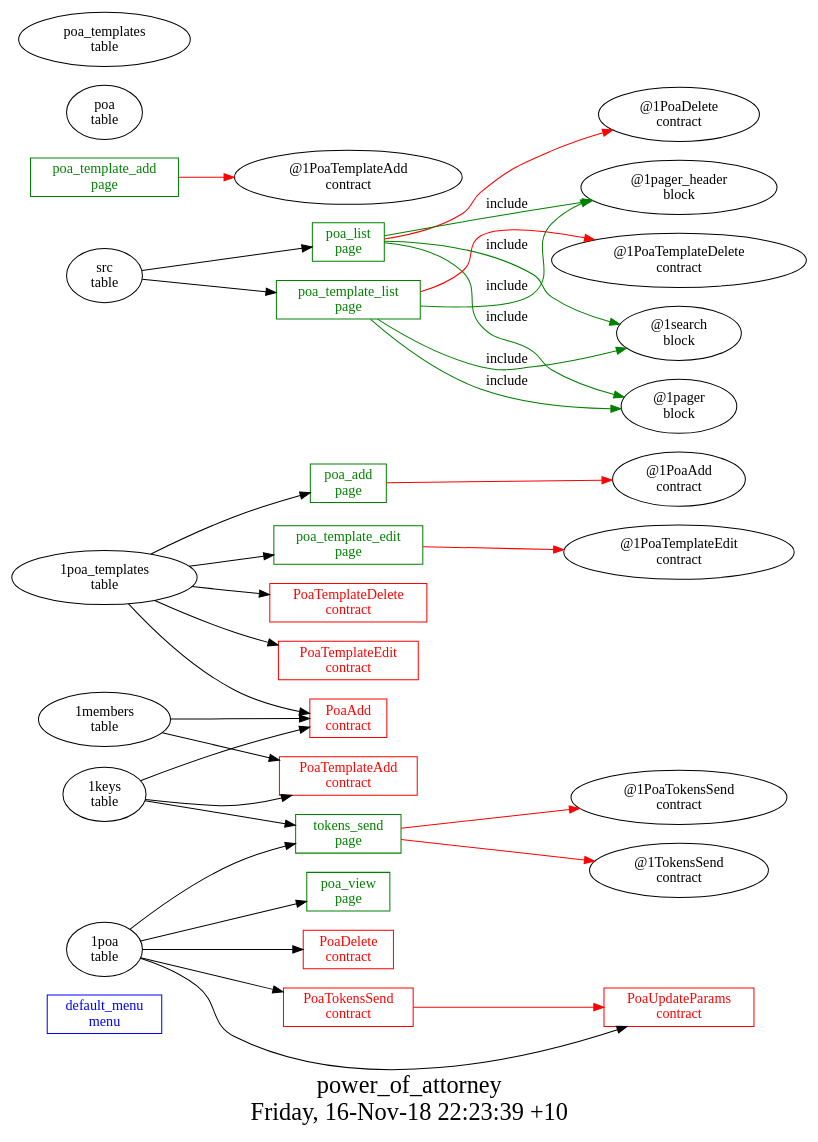
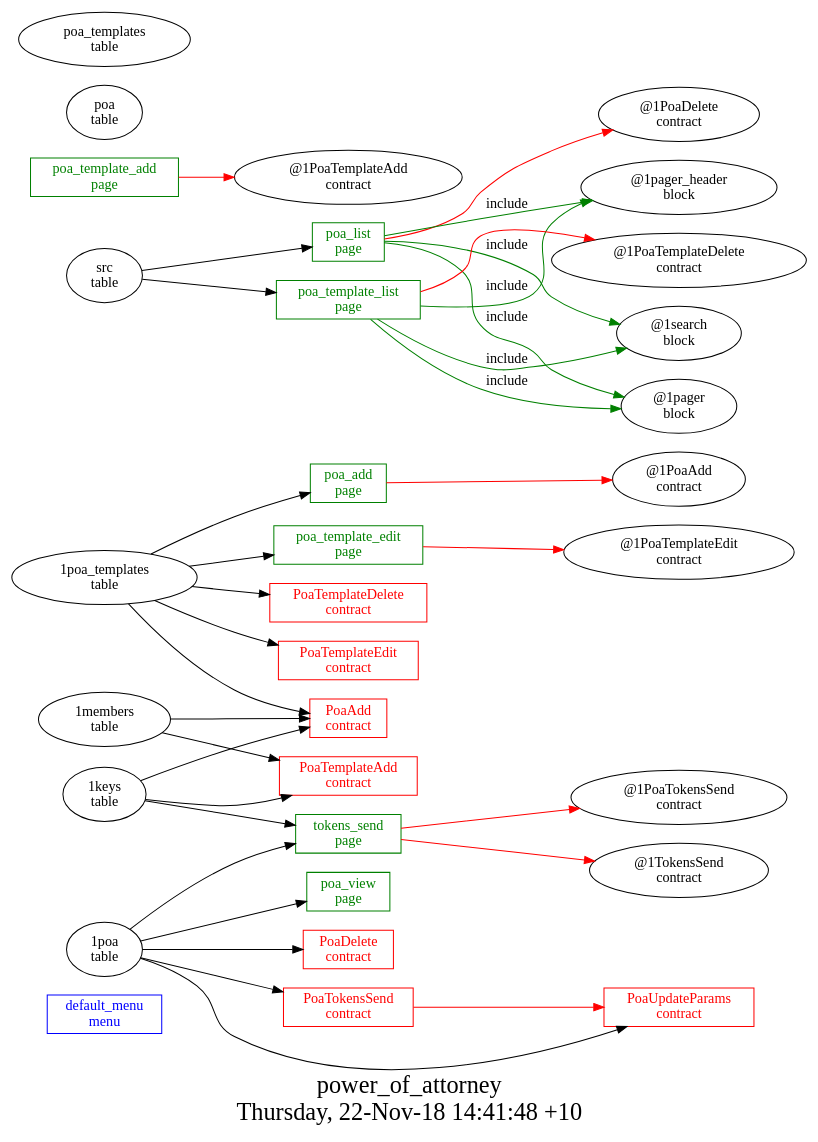
One commit to AplaProject/apps changed the diagram in other/power_of_attorney/struct.dot. Above: the diagram before and after it, drawn with Graphviz. The commit also changed 15 other files, not shown here.

```diff
--- a/other/power_of_attorney/struct.dot
+++ b/other/power_of_attorney/struct.dot
@@ -1,56 +1,56 @@
 digraph G {
 fontsize="24";
-label="power_of_attorney\nFriday, 16-Nov-18 22:23:39 +10";
+label="power_of_attorney\nThursday, 22-Nov-18 14:41:48 +10";
 nojustify=true;
 ordering=out;
 rankdir=LR;
 size="30";
 "default_menu\nmenu" [color=blue, fontcolor=blue, group=menus, shape=record];
 "poa_add\npage" -> "@1PoaAdd\ncontract"  [ color=red ]
 "1poa_templates\ntable" -> "poa_add\npage"
 "poa_add\npage" [color=green, fontcolor=green, group=pages, shape=record];
 "poa_list\npage" -> "@1PoaDelete\ncontract"  [ color=red ]
 "src\ntable" -> "poa_list\npage"
 "poa_list\npage" -> "@1pager_header\nblock"  [ color=green, label=include ]
 "poa_list\npage" -> "@1search\nblock"  [ color=green, label=include ]
 "poa_list\npage" -> "@1pager\nblock"  [ color=green, label=include ]
 "poa_list\npage" [color=green, fontcolor=green, group=pages, shape=record];
 "poa_template_add\npage" -> "@1PoaTemplateAdd\ncontract"  [ color=red ]
 "poa_template_add\npage" [color=green, fontcolor=green, group=pages, shape=record];
 "poa_template_edit\npage" -> "@1PoaTemplateEdit\ncontract"  [ color=red ]
 "1poa_templates\ntable" -> "poa_template_edit\npage"
 "poa_template_edit\npage" [color=green, fontcolor=green, group=pages, shape=record];
 "poa_template_list\npage" -> "@1PoaTemplateDelete\ncontract"  [ color=red ]
 "src\ntable" -> "poa_template_list\npage"
 "poa_template_list\npage" -> "@1pager_header\nblock"  [ color=green, label=include ]
 "poa_template_list\npage" -> "@1search\nblock"  [ color=green, label=include ]
 "poa_template_list\npage" -> "@1pager\nblock"  [ color=green, label=include ]
 "poa_template_list\npage" [color=green, fontcolor=green, group=pages, shape=record];
 "1poa\ntable" -> "poa_view\npage"
 "poa_view\npage" [color=green, fontcolor=green, group=pages, shape=record];
 "tokens_send\npage" -> "@1PoaTokensSend\ncontract"  [ color=red ]
 "tokens_send\npage" -> "@1TokensSend\ncontract"  [ color=red ]
 "1poa\ntable" -> "tokens_send\npage"
 "1keys\ntable" -> "tokens_send\npage"
 "tokens_send\npage" [color=green, fontcolor=green, group=pages, shape=record];
 "1members\ntable" -> "PoaAdd\ncontract"
 "1keys\ntable" -> "PoaAdd\ncontract"
 "1poa_templates\ntable" -> "PoaAdd\ncontract"
 "PoaAdd\ncontract" [color=red, fontcolor=red, group=contracts, shape=record];
 "1poa\ntable" -> "PoaDelete\ncontract"
 "PoaDelete\ncontract" [color=red, fontcolor=red, group=contracts, shape=record];
 "1members\ntable" -> "PoaTemplateAdd\ncontract"
 "1keys\ntable" -> "PoaTemplateAdd\ncontract"
 "PoaTemplateAdd\ncontract" [color=red, fontcolor=red, group=contracts, shape=record];
 "1poa_templates\ntable" -> "PoaTemplateDelete\ncontract"
 "PoaTemplateDelete\ncontract" [color=red, fontcolor=red, group=contracts, shape=record];
 "1poa_templates\ntable" -> "PoaTemplateEdit\ncontract"
 "PoaTemplateEdit\ncontract" [color=red, fontcolor=red, group=contracts, shape=record];
 "PoaTokensSend\ncontract" -> "PoaUpdateParams\ncontract"  [ color=red ]
 "1poa\ntable" -> "PoaTokensSend\ncontract"
 "PoaTokensSend\ncontract" [color=red, fontcolor=red, group=contracts, shape=record];
 "1poa\ntable" -> "PoaUpdateParams\ncontract"
 "PoaUpdateParams\ncontract" [color=red, fontcolor=red, group=contracts, shape=record];
 "poa\ntable" [color="", fontcolor="", group=tables, shape=""];
 "poa_templates\ntable" [color="", fontcolor="", group=tables, shape=""];
 }
```
